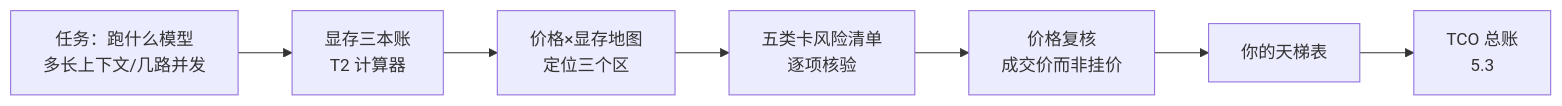
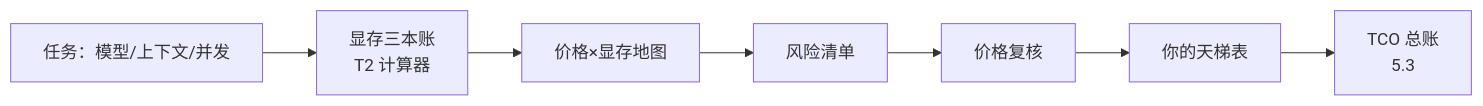
One commit to Bahtya/llm-learning changed the diagram in content-v2/part5/5-2.md. Above: the diagram before and after it, drawn with Mermaid. The commit also changed other lines of this file and 39 other files, not shown here.

````diff
--- a/content-v2/part5/5-2.md
+++ b/content-v2/part5/5-2.md
@@ -15,9 +15,9 @@
 ```mermaid
 graph LR
-    A["任务：跑什么模型<br/>多长上下文/几路并发"] --> B["显存三本账<br/>T2 计算器"]
-    B --> C["价格×显存地图<br/>定位三个区"]
-    C --> D["五类卡风险清单<br/>逐项核验"]
-    D --> E["价格复核<br/>成交价而非挂价"]
+    A["任务：模型/上下文/并发"] --> B["显存三本账<br/>T2 计算器"]
+    B --> C["价格×显存地图"]
+    C --> D["风险清单"]
+    D --> E["价格复核"]
     E --> F["你的天梯表"]
     F --> G["TCO 总账<br/>5.3"]
 ```
````
